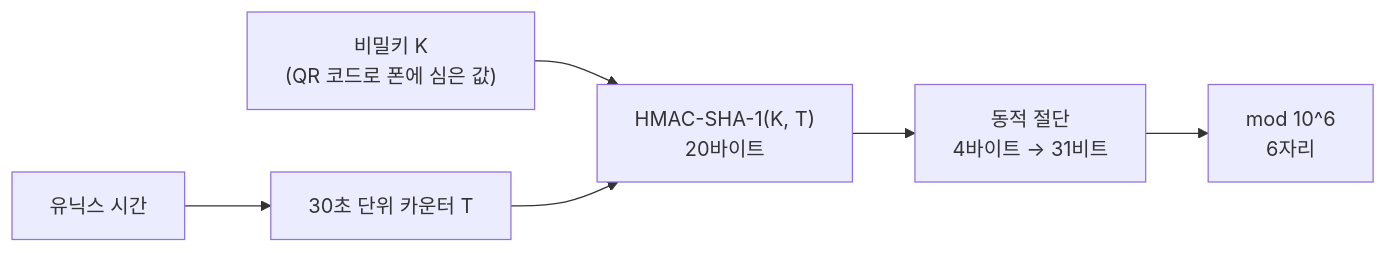
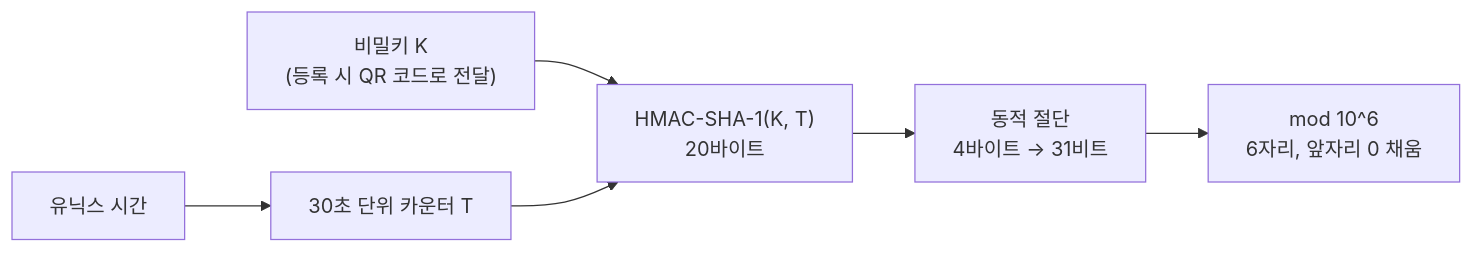
One commit to dotoryeee/blog changed the diagram in docs/posts/Cloud Infra/otp_totp.md. Above: the diagram before and after it, drawn with Mermaid. The commit also changed other lines of this file, not shown here.

````diff
--- a/docs/posts/Cloud Infra/otp_totp.md
+++ b/docs/posts/Cloud Infra/otp_totp.md
@@ -52,8 +54,8 @@
 ```mermaid
 flowchart LR
     A["유닉스 시간"] --> B["30초 단위 카운터 T"]
-    K["비밀키 K<br>(QR 코드로 폰에 심은 값)"] --> C
+    K["비밀키 K<br>(등록 시 QR 코드로 전달)"] --> C
     B --> C["HMAC-SHA-1(K, T)<br>20바이트"]
     C --> D["동적 절단<br>4바이트 → 31비트"]
-    D --> E["mod 10^6<br>6자리"]
+    D --> E["mod 10^6<br>6자리, 앞자리 0 채움"]
 ```
````
